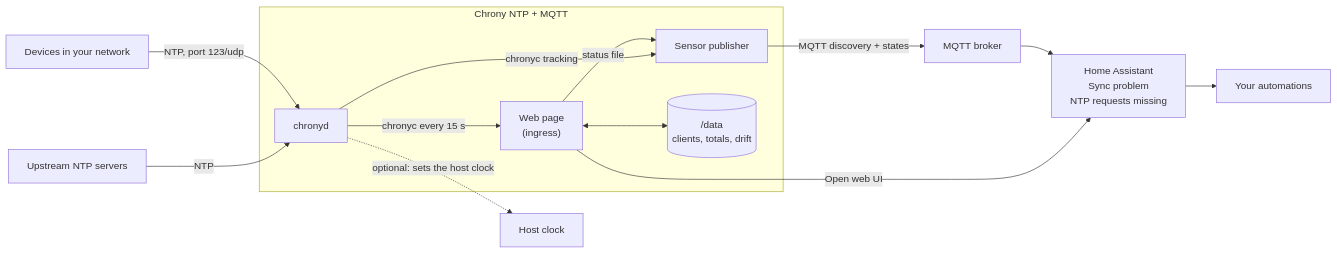
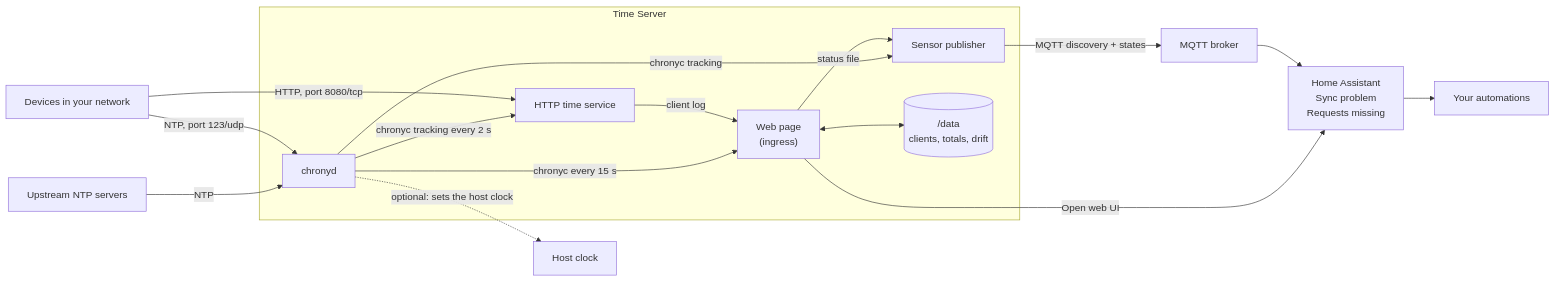
The diagram in README.md (n-schilling/ha-app-chrony-mqtt), drawn with Mermaid before and after one commit. The commit also changed other lines of this file and 58 other files, not shown here.

First line of the commit message:
Time Server: time over HTTP, current time on the page, chrony 4.9 (3.0.0)

````diff
--- a/README.md
+++ b/README.md
@@ -28,20 +28,24 @@
 ```mermaid
 flowchart LR
     devices["Devices in your network"] -- "NTP, port 123/udp" --> chronyd
+    devices -- "HTTP, port 8080/tcp" --> http
     upstream["Upstream NTP servers"] -- NTP --> chronyd
-    subgraph app["Chrony NTP + MQTT"]
+    subgraph app["Time Server"]
         chronyd["chronyd"]
+        http["HTTP time service"]
+        chronyd -- "chronyc tracking every 2 s" --> http
+        http -- "client log" --> web
         web["Web page<br/>(ingress)"]
         kpi["Sensor publisher"]
         store[("/data<br/>clients, totals, drift")]
         chronyd -- "chronyc every 15 s" --> web
         web <--> store
         web -- "status file" --> kpi
         chronyd -- "chronyc tracking" --> kpi
     end
     chronyd -. "optional: sets the host clock" .-> host["Host clock"]
     kpi -- "MQTT discovery + states" --> broker["MQTT broker"]
-    broker --> ha["Home Assistant<br/>Sync problem<br/>NTP requests missing"]
+    broker --> ha["Home Assistant<br/>Sync problem<br/>Requests missing"]
     ha --> automations["Your automations"]
     web -- "Open web UI" --> ha
 ```
````
